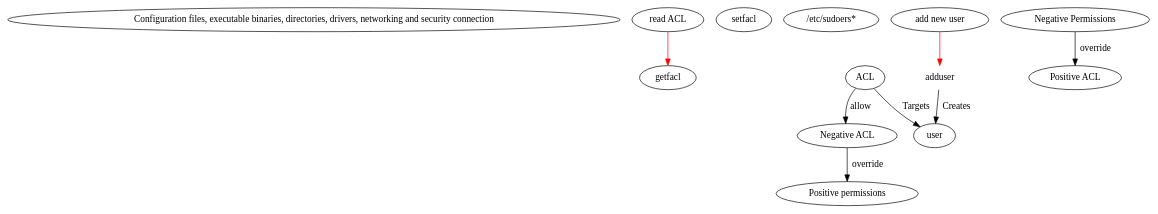
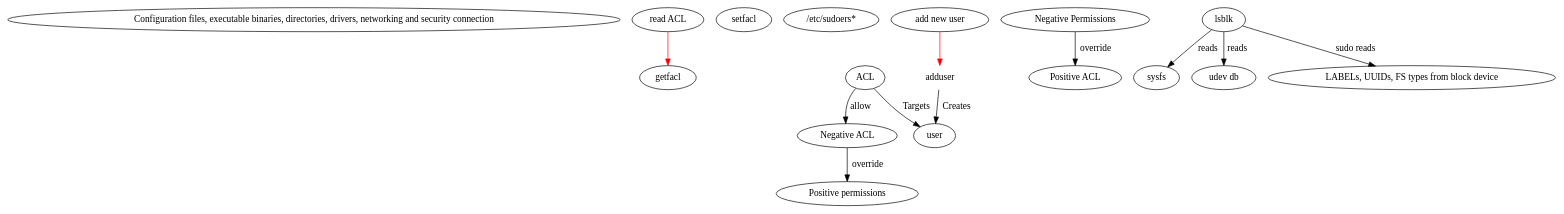
Before and after one commit to dzmitry-lahoda/lahoda-xyz: the diagram in learning/instruments/linux-user-land.dot, drawn with Graphviz. The commit also changed 6 other files, not shown here.

```diff
--- a/learning/instruments/linux-user-land.dot
+++ b/learning/instruments/linux-user-land.dot
@@ -1,16 +1,20 @@
 
 digraph {
     "Configuration files, executable binaries, directories, drivers, networking and security connection"
     getfacl
     setfacl
     "/etc/sudoers*"
     adduser [shape="plaintext"];
     "add new user" -> adduser [color = "red"];
     adduser -> user [label="Creates"];
     ACL -> user [label= "Targets"];
     "read ACL" -> getfacl [color = "red"];
     "Negative Permissions" -> "Positive ACL" [label= "override"] 
     "Negative ACL" -> "Positive permissions" [label= "override"] 
     ACL -> "Negative ACL" [label= "allow"]
 
+    lsblk -> sysfs [label = "reads"]
+    lsblk -> "udev db" [label = "reads"]
+    lsblk -> "LABELs, UUIDs, FS types from block device" [label = "sudo reads"]
+
 }
```
